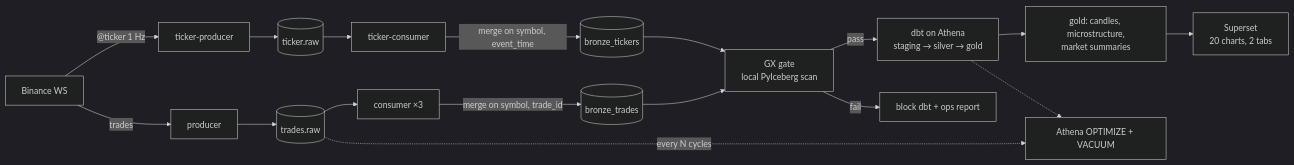
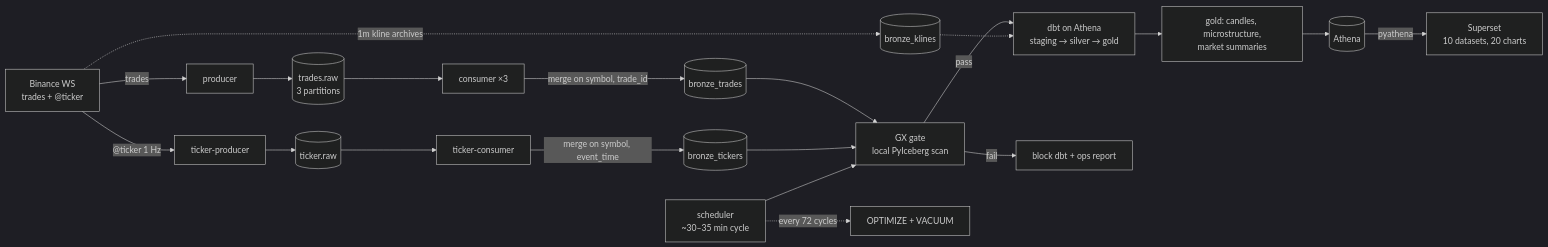
Before and after one commit to Danselem/tickstream: the diagram in README.md, drawn with Mermaid (dark theme). The commit also changed other lines of this file, not shown here.

````diff
--- a/README.md
+++ b/README.md
@@ -37,15 +66,18 @@
 ```mermaid
 flowchart LR
-  B[Binance WS] -->|trades| P[producer] --> K[(trades.raw)] --> C[consumer ×3]
-  C -->|merge on symbol, trade_id| BR[(bronze_trades)]
+  B["Binance WS<br/>trades + @ticker"] -->|trades| P[producer] --> K[(trades.raw<br/>3 partitions)] --> C[consumer ×3]
+  C -->|"merge on symbol, trade_id"| BR[(bronze_trades)]
   B -->|"@ticker 1 Hz"| TP[ticker-producer] --> TK[(ticker.raw)] --> TC[ticker-consumer]
-  TC -->|merge on symbol, event_time| BT[(bronze_tickers)]
-  BR --> GX[GX gate<br/>local PyIceberg scan]
+  TC -->|"merge on symbol, event_time"| BT[(bronze_tickers)]
+  B -.->|"1m kline archives"| KL[(bronze_klines)]
+  BR --> GX["GX gate<br/>local PyIceberg scan"]
   BT --> GX
-  GX -->|pass| DBT[dbt on Athena<br/>staging → silver → gold]
+  GX -->|pass| DBT["dbt on Athena<br/>staging → silver → gold"]
   GX -->|fail| X[block dbt + ops report]
-  DBT --> G[gold: candles, microstructure,<br/>market summaries]
-  G --> S[Superset<br/>20 charts, 2 tabs]
-  K -.->|every N cycles| M[Athena OPTIMIZE + VACUUM]
-  DBT -.-> M
+  KL -.-> DBT
+  DBT --> G["gold: candles, microstructure,<br/>market summaries"]
+  G --> ATH[(Athena)]
+  ATH -->|pyathena| S["Superset<br/>10 datasets, 20 charts"]
+  SCHED["scheduler<br/>~30–35 min cycle"] --> GX
+  SCHED -.->|"every 72 cycles"| M["OPTIMIZE + VACUUM"]
 ```
````
